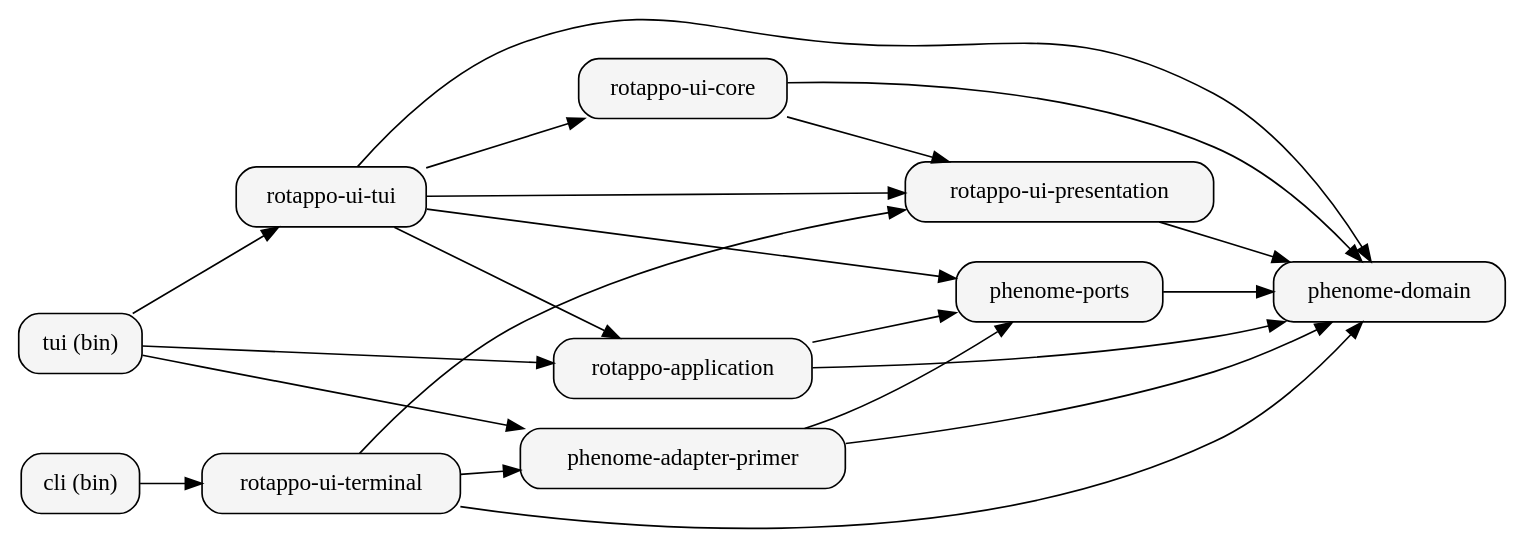
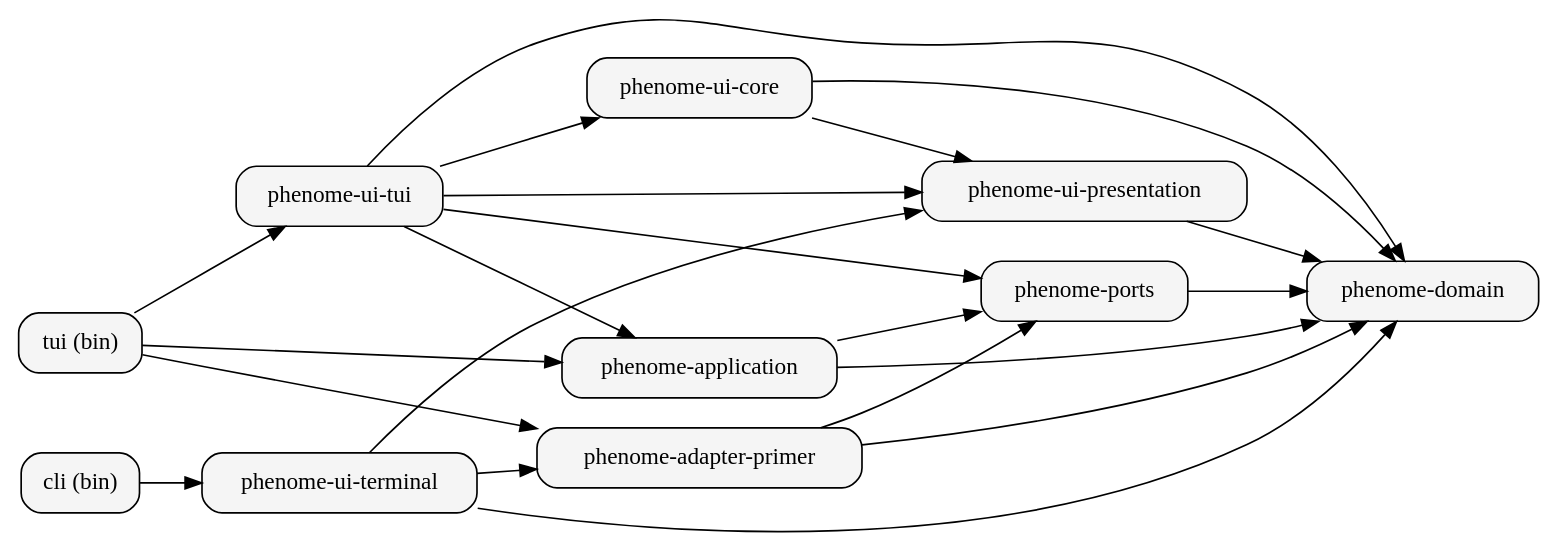
One commit to obaven/phenome changed the diagram in docs/architecture/ARCH-3-crate-map.dot. Above: the diagram before and after it, drawn with Graphviz. The commit also changed 1 other file, not shown here.

Commit message:
Update diagram labels for phenome

```diff
--- a/docs/architecture/ARCH-3-crate-map.dot
+++ b/docs/architecture/ARCH-3-crate-map.dot
@@ -1,36 +1,36 @@
 digraph CrateMap {
   rankdir=LR;
   node [shape=box, style="rounded,filled", fillcolor="#f5f5f5"];
 
   domain [label="phenome-domain"];
   ports [label="phenome-ports"];
-  application [label="rotappo-application"];
-  presentation [label="rotappo-ui-presentation"];
-  ui_core [label="rotappo-ui-core"];
-  terminal_iface [label="rotappo-ui-terminal"];
-  tui_iface [label="rotappo-ui-tui"];
-  adapter_bootstrappo [label="phenome-adapter-primer"];
-  bin_bootstrappo [label="cli (bin)"];
+  application [label="phenome-application"];
+  presentation [label="phenome-ui-presentation"];
+  ui_core [label="phenome-ui-core"];
+  terminal_iface [label="phenome-ui-terminal"];
+  tui_iface [label="phenome-ui-tui"];
+  adapter_primer [label="phenome-adapter-primer"];
+  bin_primer [label="cli (bin)"];
   bin_tui [label="tui (bin)"];
 
   ports -> domain;
   application -> domain;
   application -> ports;
   presentation -> domain;
   ui_core -> domain;
   ui_core -> presentation;
   terminal_iface -> domain;
   terminal_iface -> presentation;
-  terminal_iface -> adapter_bootstrappo;
+  terminal_iface -> adapter_primer;
   tui_iface -> application;
   tui_iface -> domain;
   tui_iface -> ports;
   tui_iface -> presentation;
   tui_iface -> ui_core;
-  adapter_bootstrappo -> domain;
-  adapter_bootstrappo -> ports;
-  bin_bootstrappo -> terminal_iface;
+  adapter_primer -> domain;
+  adapter_primer -> ports;
+  bin_primer -> terminal_iface;
   bin_tui -> tui_iface;
-  bin_tui -> adapter_bootstrappo;
+  bin_tui -> adapter_primer;
   bin_tui -> application;
 }
```
